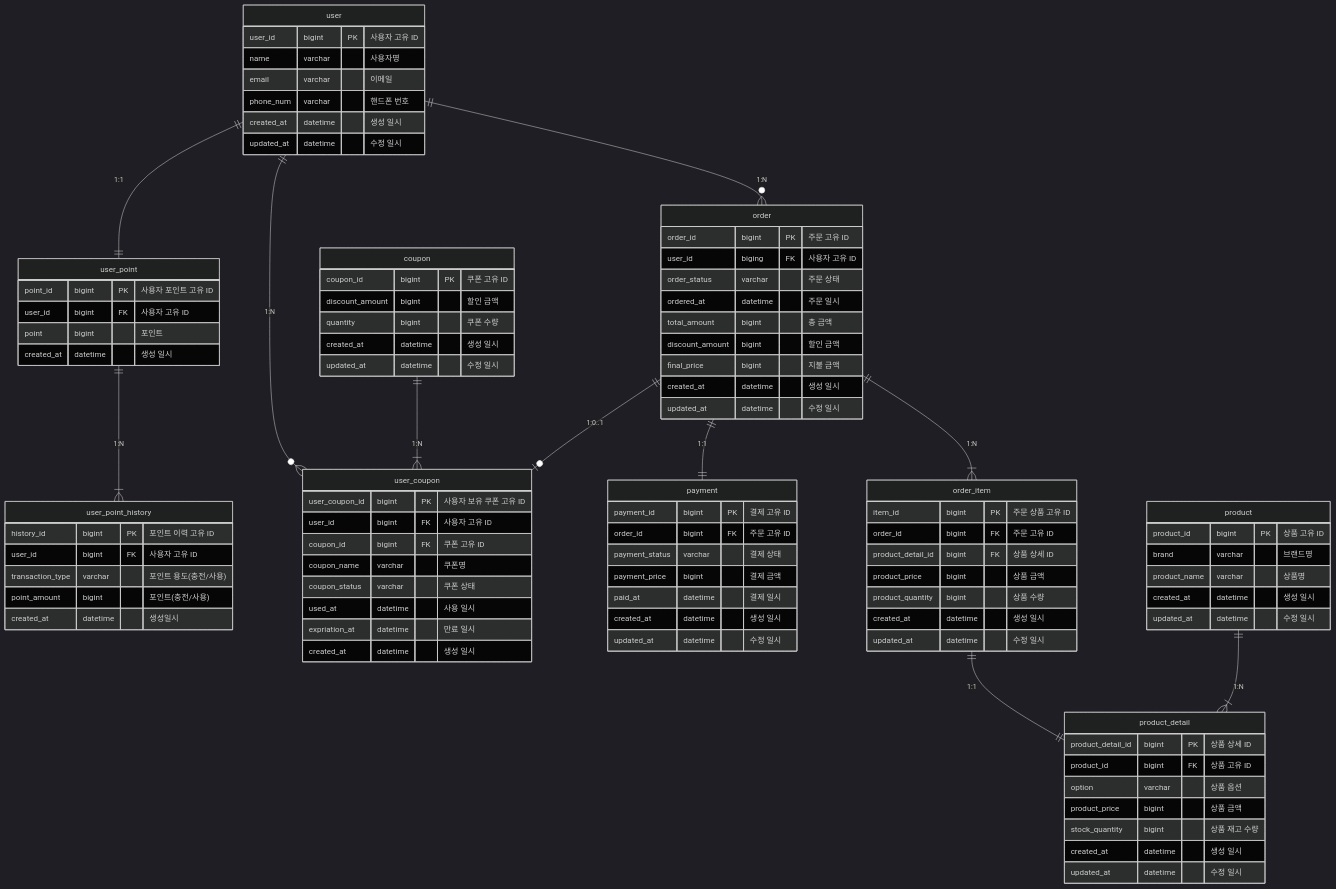
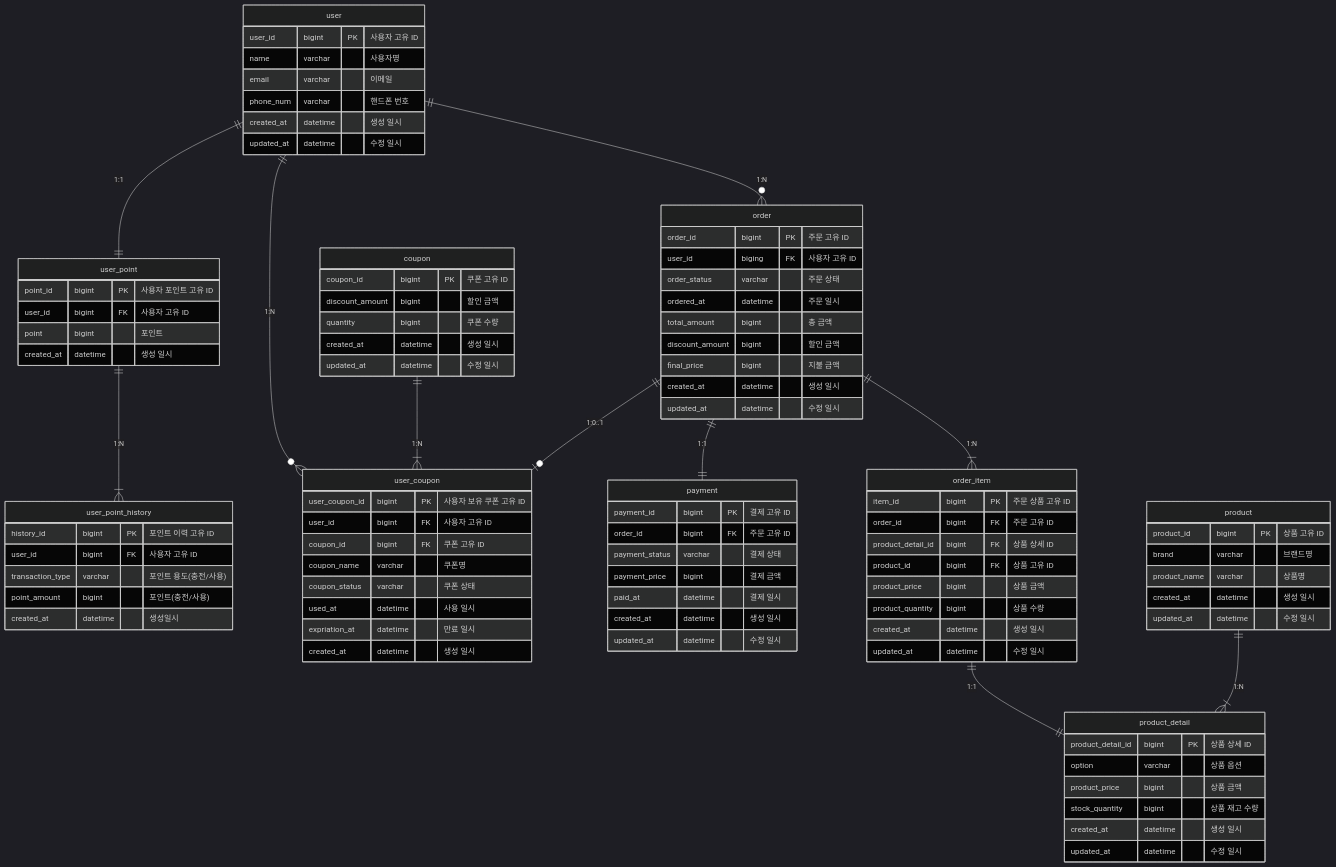
The diagram in docs/erd.md (Ssoyoung-J/e-commerce-service), drawn with Mermaid (dark theme) before and after one commit. The commit also changed 1 other file, not shown here.

Commit message:
docs: 피드백 기반 설계 수정 진행 중

```diff
--- a/docs/erd.md
+++ b/docs/erd.md
@@ -83,6 +83,7 @@
         item_id bigint PK "주문 상품 고유 ID"
         order_id bigint FK "주문 고유 ID"
         product_detail_id bigint FK "상품 상세 ID"
+        product_id bigint FK "상품 고유 ID"
         product_price bigint "상품 금액"
         product_quantity bigint "상품 수량"
         created_at datetime "생성 일시"
@@ -92,7 +93,7 @@
 
     product_detail {
         product_detail_id bigint PK "상품 상세 ID"
-        product_id bigint FK "상품 고유 ID"
+%%        product_id bigint FK "상품 고유 ID"
         option varchar "상품 옵션"
         product_price bigint "상품 금액"
         stock_quantity bigint "상품 재고 수량"
```
